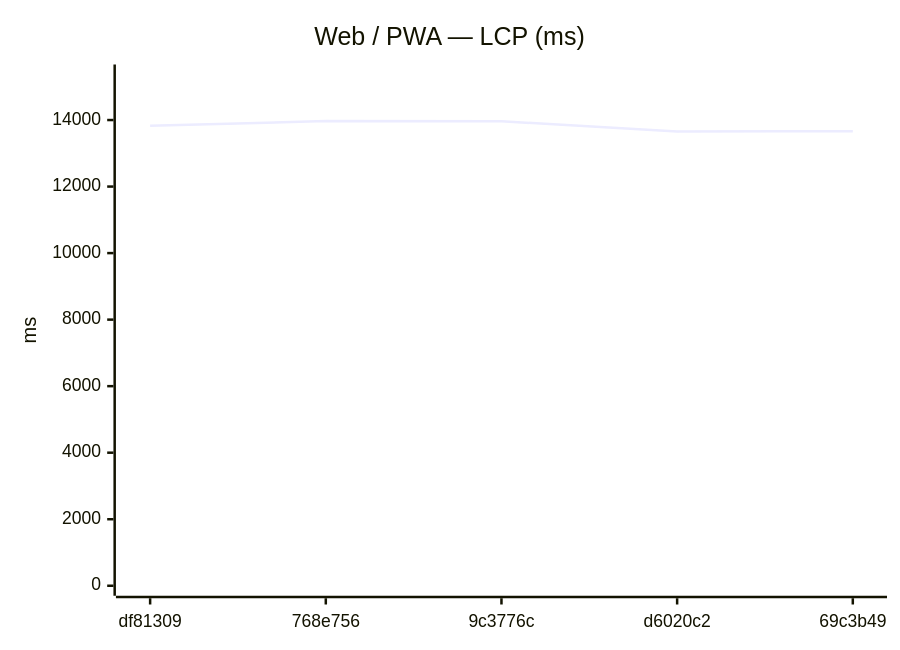
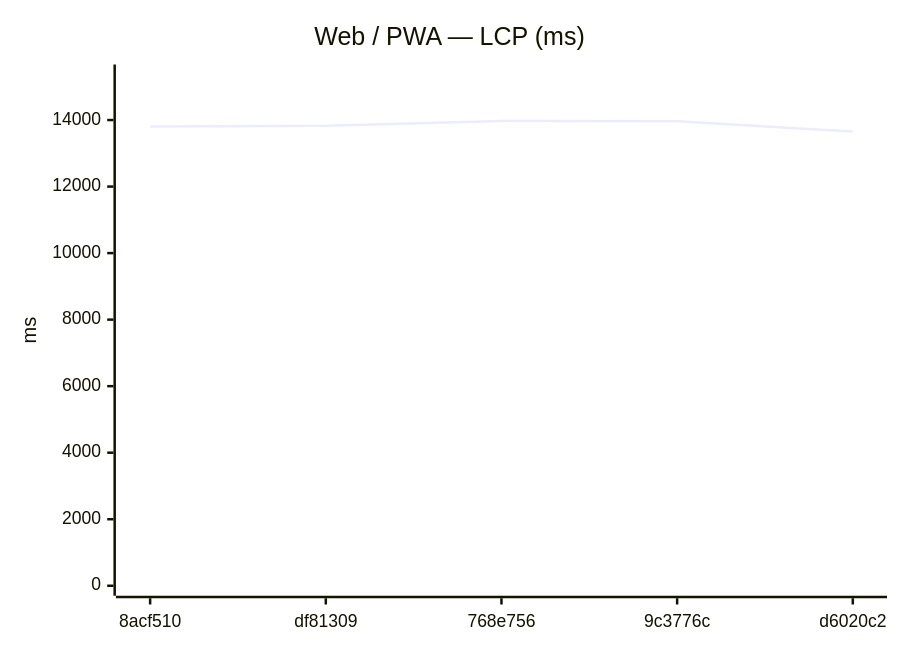
Before and after one commit to Metaheurist/Rianell: the seventh of 18 diagrams in benchmarks/compare.md, drawn with Mermaid. The commit also changed other lines of this file and 11 other files, not shown here.

````diff
--- a/benchmarks/compare.md
+++ b/benchmarks/compare.md
@@ -117,7 +117,7 @@
 ```mermaid
 xychart-beta
     title "Web / PWA — LCP (ms)"
-    x-axis ["df81309", "768e756", "9c3776c", "d6020c2", "69c3b49"]
+    x-axis ["8acf510", "df81309", "768e756", "9c3776c", "d6020c2"]
     y-axis "ms" 0 --> 15369
-    line [13825, 13971, 13962, 13654, 13664]
+    line [13807, 13825, 13971, 13962, 13654]
 ```
````
